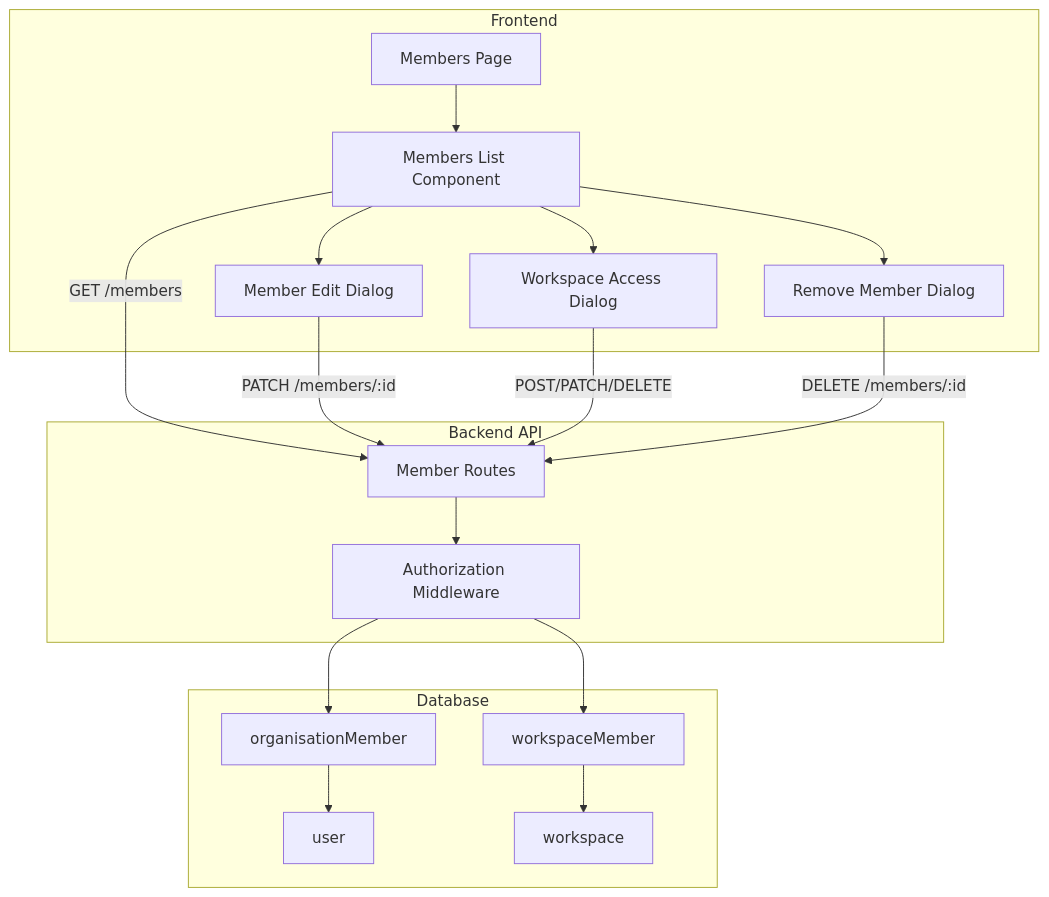
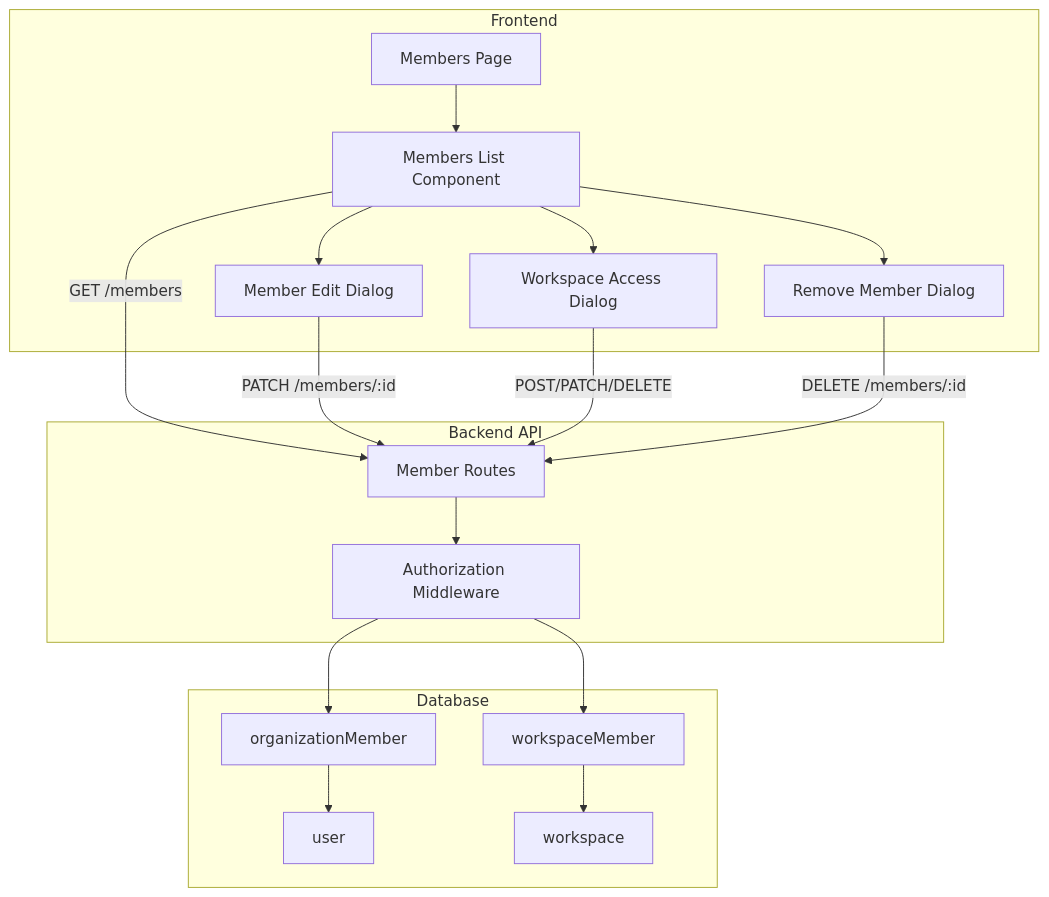
Before and after one commit to willdady/platypus: the first of 2 diagrams in plans/member-management.md, drawn with Mermaid. The commit also changed other lines of this file and 120 other files, not shown here.

Commit message:
fix(spelling): renamed all occurances of "organisation" to US spelling "organization"

````diff
--- a/plans/member-management.md
+++ b/plans/member-management.md
@@ -93,38 +93,38 @@
 ```mermaid
 flowchart TB
     subgraph Frontend
         MP[Members Page]
         ML[Members List Component]
         MED[Member Edit Dialog]
         WAD[Workspace Access Dialog]
         RMD[Remove Member Dialog]
     end
 
     subgraph Backend API
         MR[Member Routes]
         AZ[Authorization Middleware]
     end
 
     subgraph Database
-        OM[organisationMember]
+        OM[organizationMember]
         WM[workspaceMember]
         U[user]
         W[workspace]
     end
 
     MP --> ML
     ML --> MED
     ML --> WAD
     ML --> RMD
 
     ML -->|GET /members| MR
     MED -->|PATCH /members/:id| MR
     WAD -->|POST/PATCH/DELETE| MR
     RMD -->|DELETE /members/:id| MR
 
     MR --> AZ
     AZ --> OM
     AZ --> WM
     OM --> U
     WM --> W
 ```
````
